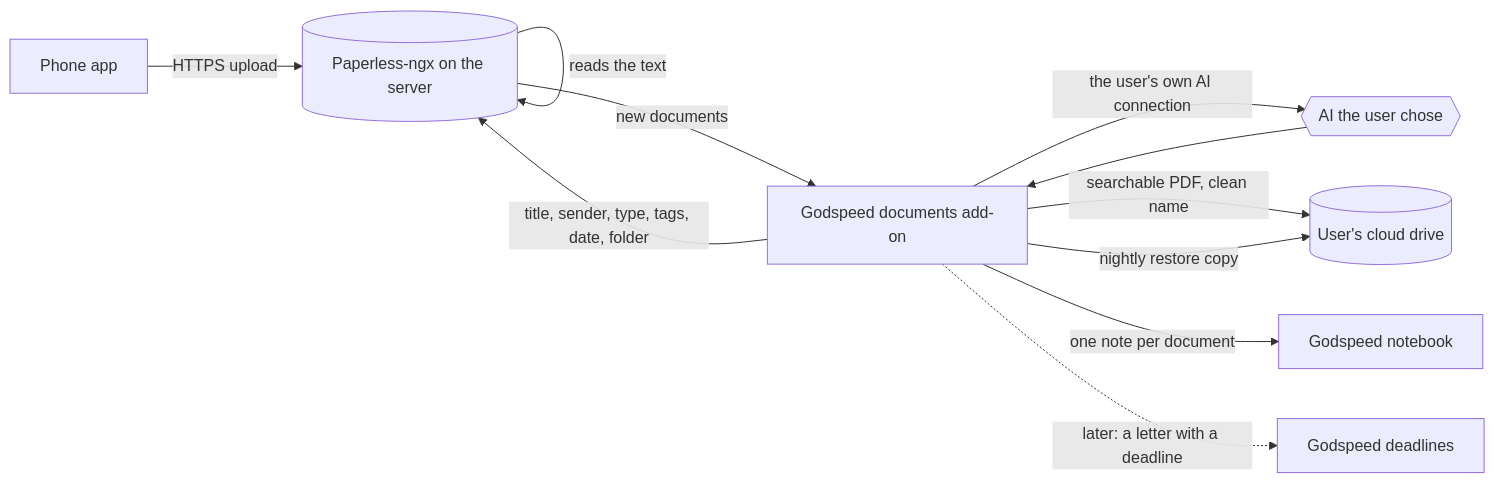
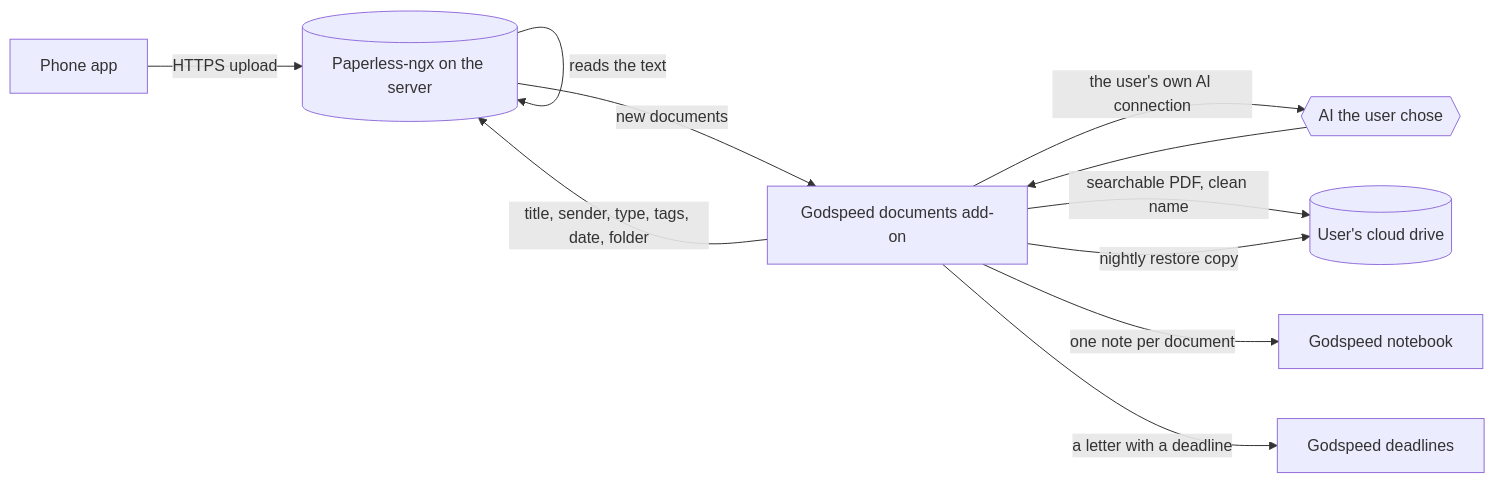
Before and after one commit to MichaelZelbel/godspeed-mission-control: the diagram in docs/proposals/paperless-addon.md, drawn with Mermaid. The commit also changed other lines of this file, not shown here.

Commit message:
Proposal: deadlines from letters are in the first version (F15)

````diff
--- a/docs/proposals/paperless-addon.md
+++ b/docs/proposals/paperless-addon.md
@@ -101,13 +102,13 @@
 ```mermaid
 flowchart LR
   P[Phone app] -->|HTTPS upload| PL[(Paperless-ngx on the server)]
   PL -->|reads the text| PL
   PL -->|new documents| G[Godspeed documents add-on]
   G -->|the user's own AI connection| AI{{AI the user chose}}
   AI --> G
   G -->|title, sender, type, tags, date, folder| PL
   G -->|searchable PDF, clean name| CD[(User's cloud drive)]
   G -->|nightly restore copy| CD
   G -->|one note per document| N[Godspeed notebook]
-  G -.->|later: a letter with a deadline| D[Godspeed deadlines]
+  G -->|a letter with a deadline| D[Godspeed deadlines]
 ```
````
